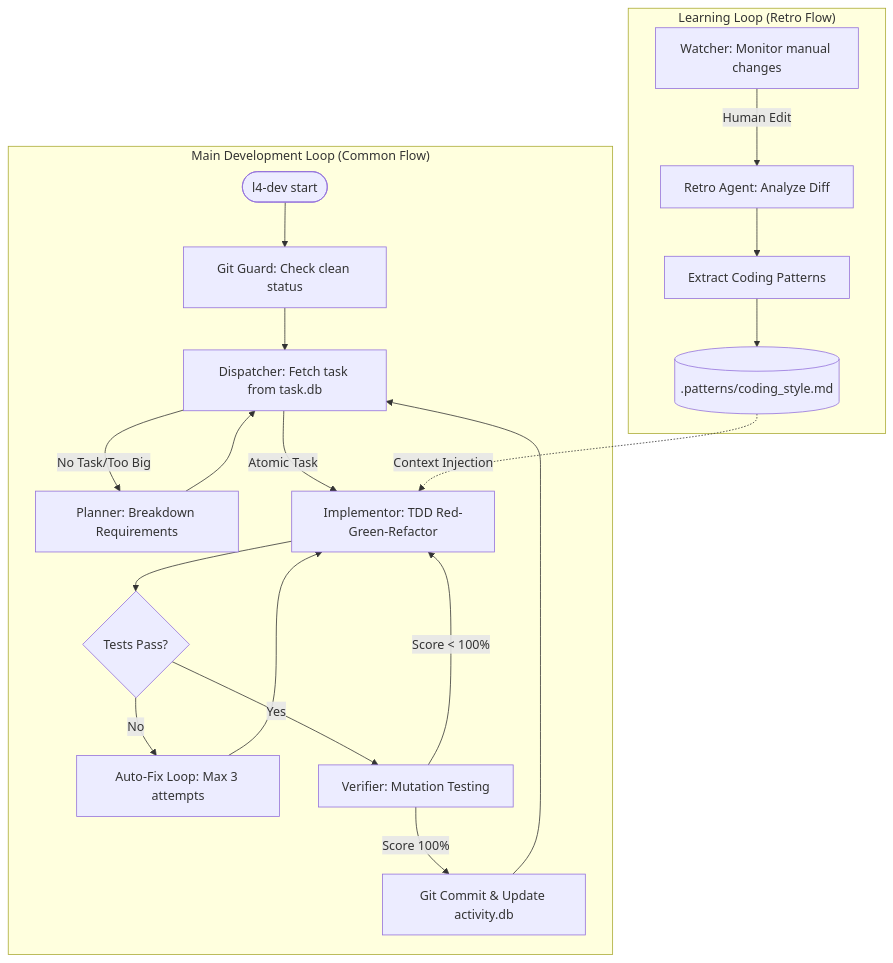
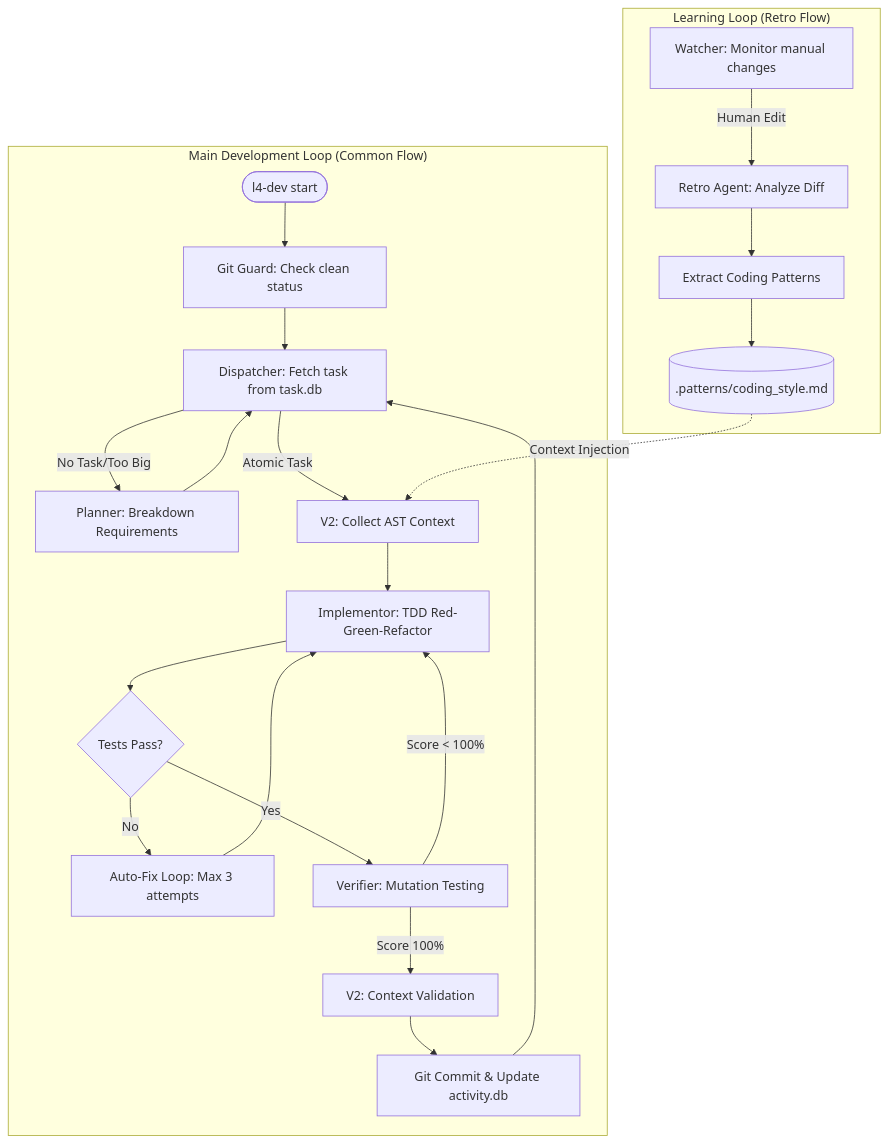
Before and after one commit to nekroo-alt/growmind: the diagram in README.md, drawn with Mermaid. The commit also changed other lines of this file and 7 other files, not shown here.

Commit message:
V2 documentation: architecture, API, migration, performance

````diff
--- a/README.md
+++ b/README.md
@@ -7,24 +31,26 @@
 ```mermaid
 flowchart TD
     subgraph "Main Development Loop (Common Flow)"
         START([l4-dev start]) --> GIT[Git Guard: Check clean status]
         GIT --> FETCH[Dispatcher: Fetch task from task.db]
         FETCH -->|No Task/Too Big| PLAN[Planner: Breakdown Requirements]
         PLAN --> FETCH
-        FETCH -->|Atomic Task| TDD[Implementor: TDD Red-Green-Refactor]
+        FETCH -->|Atomic Task| CONTEXT[V2: Collect AST Context]
+        CONTEXT --> TDD[Implementor: TDD Red-Green-Refactor]
         TDD --> FIX{Tests Pass?}
         FIX -->|No| AUTOFIX[Auto-Fix Loop: Max 3 attempts]
         AUTOFIX --> TDD
         FIX -->|Yes| MUTE[Verifier: Mutation Testing]
         MUTE -->|Score < 100%| TDD
-        MUTE -->|Score 100%| COMMIT[Git Commit & Update activity.db]
+        MUTE -->|Score 100%| V2_VERIFY[V2: Context Validation]
+        V2_VERIFY --> COMMIT[Git Commit & Update activity.db]
         COMMIT --> FETCH
     end
 
     subgraph "Learning Loop (Retro Flow)"
         WATCH[Watcher: Monitor manual changes] -->|Human Edit| RETRO[Retro Agent: Analyze Diff]
         RETRO --> LEARN[Extract Coding Patterns]
         LEARN --> PATTERNS[(.patterns/coding_style.md)]
-        PATTERNS -.->|Context Injection| TDD
+        PATTERNS -.->|Context Injection| CONTEXT
     end
 ```
````
